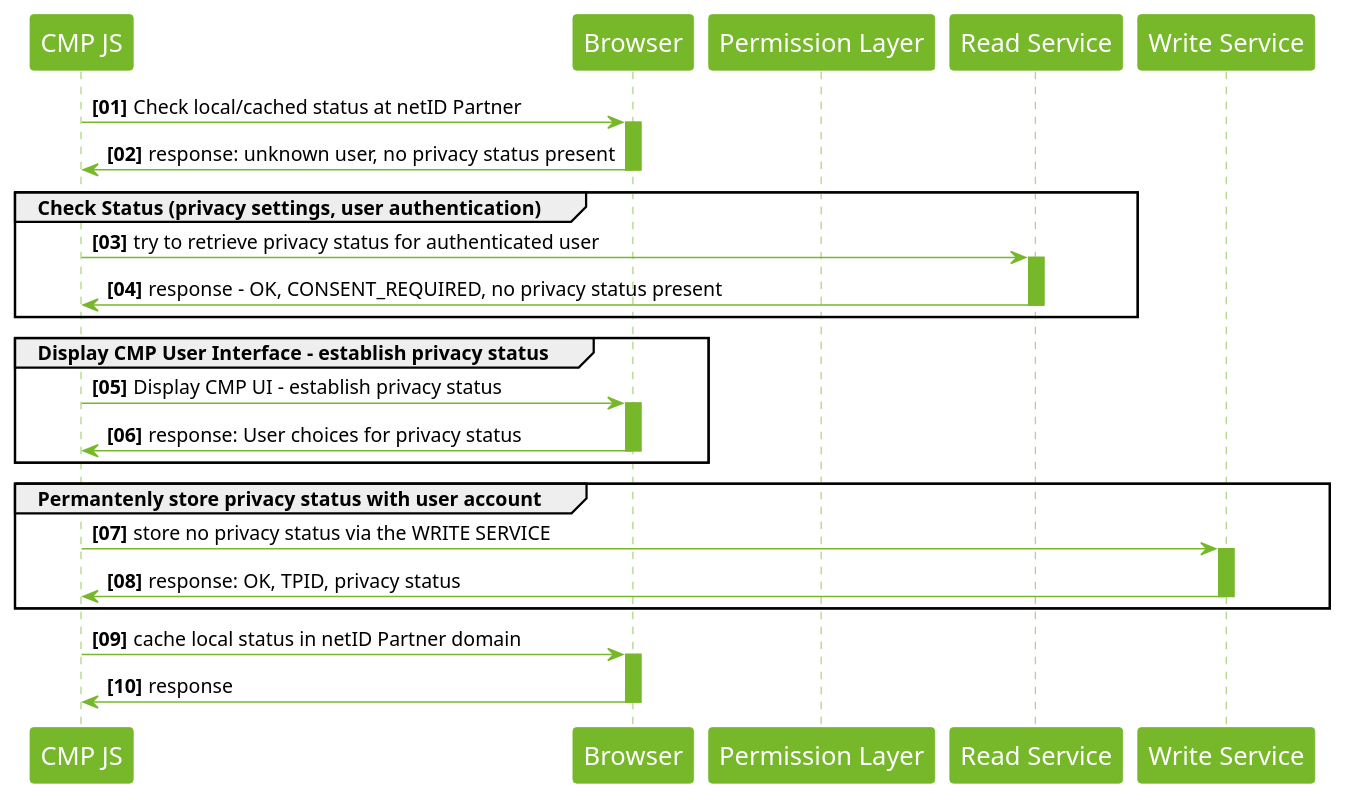
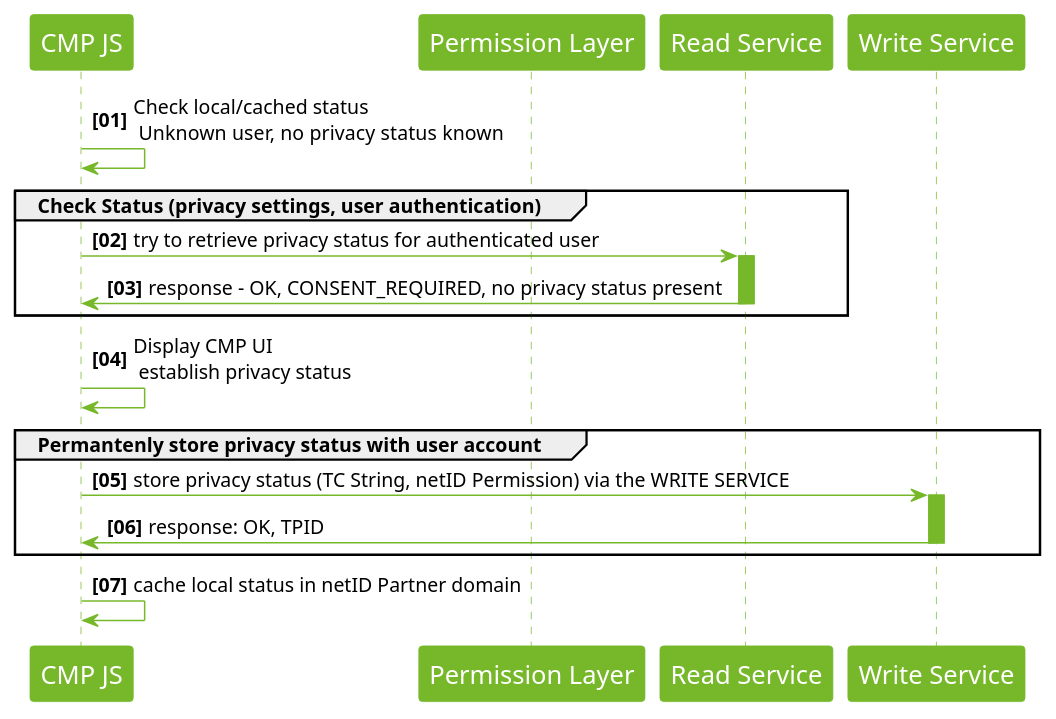
The diagram in docs/diagrams/src/seq_cmp_webapi.puml (eunid/netID-docs), drawn with PlantUML before and after one commit.

Commit message:
Fix CMP Flow

```diff
--- a/docs/diagrams/src/seq_cmp_webapi.puml
+++ b/docs/diagrams/src/seq_cmp_webapi.puml
@@ -1,55 +1,43 @@
 @startuml
 
 skinparam sequence {
 	ArrowColor #76b82a
 	ActorBorderColor #76b82a
     ActorBackgroundColor #FFF
 	ActorFontColor #000
     ActorFontName Arial
 	ActorFontSize 17
 
 	LifeLineBorderColor #76b82a
 	LifeLineBackgroundColor #76b82a
 	
 	ParticipantBorderColor #76b82a
 	ParticipantBackgroundColor #76b82a
 	ParticipantFontName Arial
 	ParticipantFontSize 17
 	ParticipantFontColor #FFF
 
 }
 
 autonumber "<b>[00]"
 participant  "CMP JS" as cmp
-participant  "Browser" as br
 participant  "Permission Layer" as pl
 participant  "Read Service" as rs
 participant  "Write Service" as ws
 
-cmp -> br : Check local/cached status at netID Partner
-activate br
-br -> cmp : response: unknown user, no privacy status present
-deactivate br
-group Check Status (privacy settings, user authentication)
+cmp -> cmp :  Check local/cached status \n Unknown user, no privacy status known
+ group Check Status (privacy settings, user authentication)
     cmp -> rs : try to retrieve privacy status for authenticated user
     activate rs
     rs -> cmp : response - OK, CONSENT_REQUIRED, no privacy status present
     deactivate rs
     end
-group Display CMP User Interface - establish privacy status 
-    cmp -> br : Display CMP UI - establish privacy status
-    activate br
-    br -> cmp : response: User choices for privacy status
-    deactivate br
-    end
+cmp -> cmp : Display CMP UI \n establish privacy status
 Group Permantenly store privacy status with user account
-cmp -> ws : store no privacy status via the WRITE SERVICE
+cmp -> ws : store privacy status (TC String, netID Permission) via the WRITE SERVICE
 activate ws
-ws -> cmp : response: OK, TPID, privacy status 
+ws -> cmp : response: OK, TPID 
 deactivate ws
 end
-cmp -> br : cache local status in netID Partner domain
-activate br
-br -> cmp : response
-deactivate br
+cmp -> cmp : cache local status in netID Partner domain
 @enduml
```
